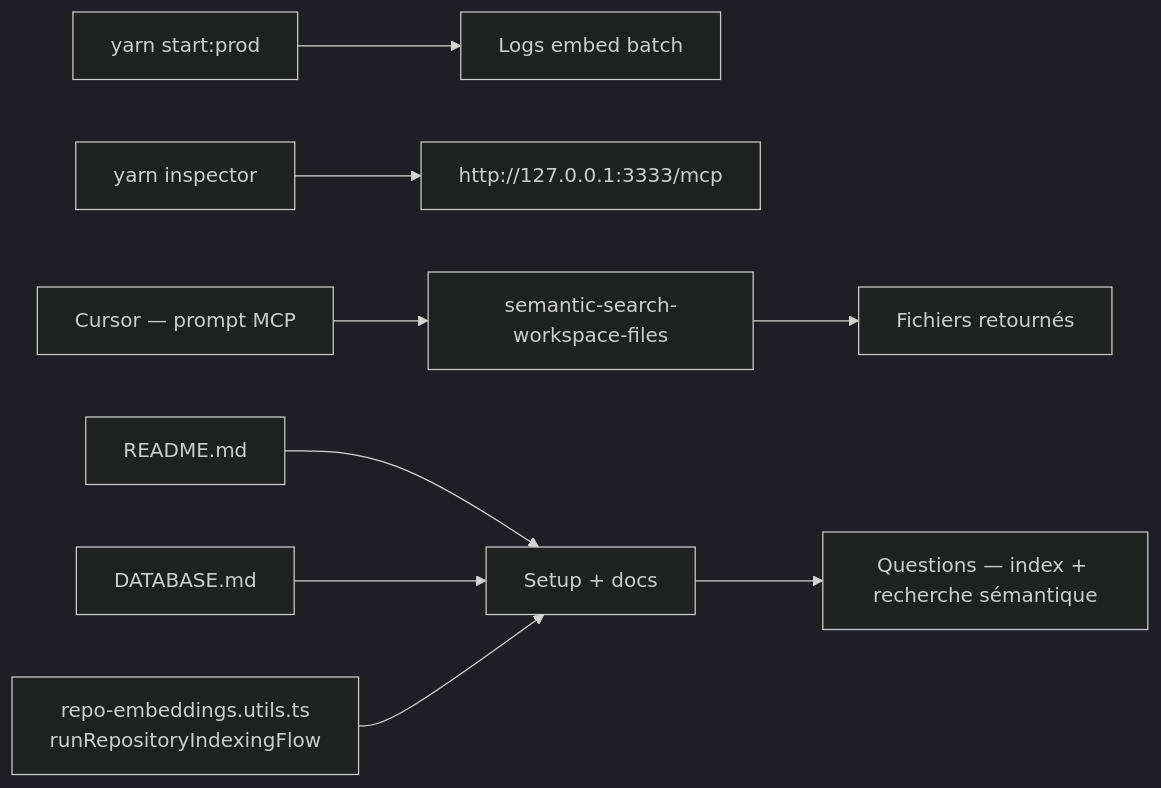
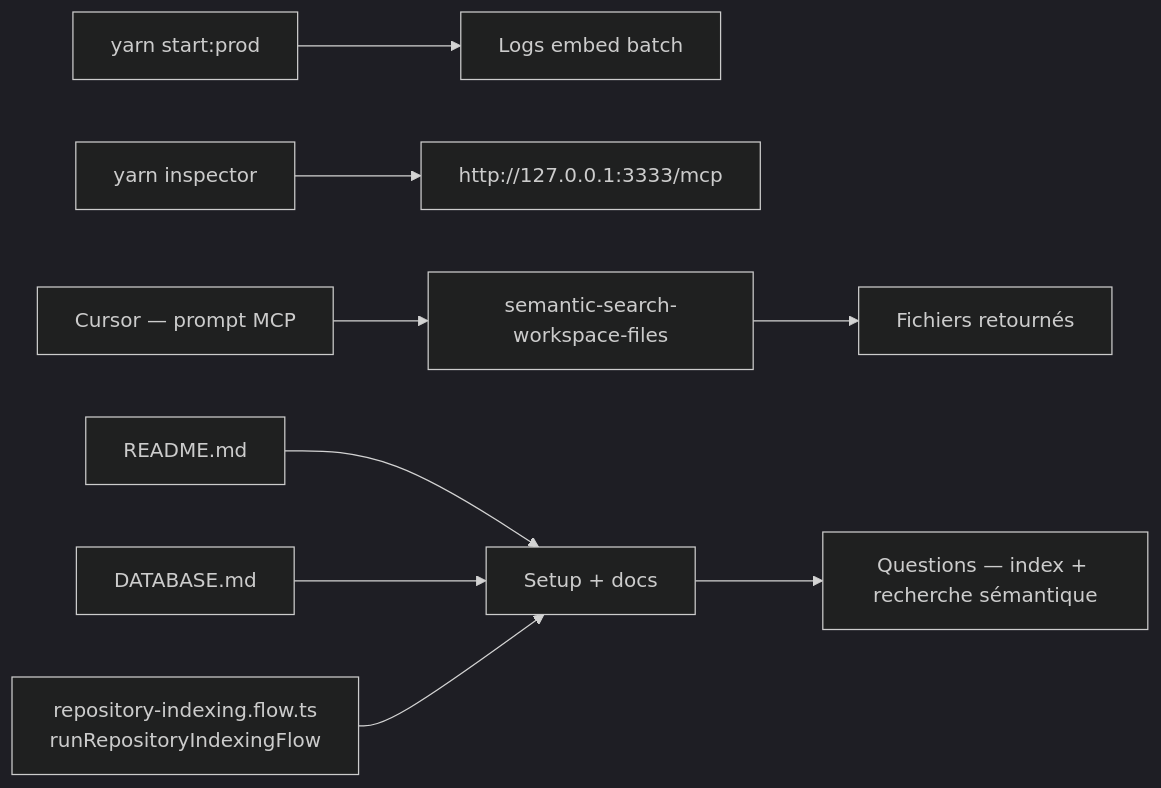
Diagram 17 of 17 in incubator/code-crawler/docs/PRESENTATION.md (Lichens-Innovation/ai-dev-tools), drawn with Mermaid (dark theme) before and after one commit. The commit also changed other lines of this file and 31 other files, not shown here.

````diff
--- a/incubator/code-crawler/docs/PRESENTATION.md
+++ b/incubator/code-crawler/docs/PRESENTATION.md
@@ -427,11 +427,11 @@
 ```mermaid
 flowchart LR
   T[yarn start:prod] --> Log[Logs embed batch]
   I[yarn inspector] --> U[http://127.0.0.1:3333/mcp]
   C[Cursor — prompt MCP] --> Tool[semantic-search-workspace-files]
   Tool --> Res[Fichiers retournés]
   R[README.md] --> P[Setup + docs]
   D[DATABASE.md] --> P
-  E[repo-embeddings.utils.ts<br/>runRepositoryIndexingFlow] --> P
+  E[repository-indexing.flow.ts<br/>runRepositoryIndexingFlow] --> P
   P --> Q[Questions — index + recherche sémantique]
 ```
````
